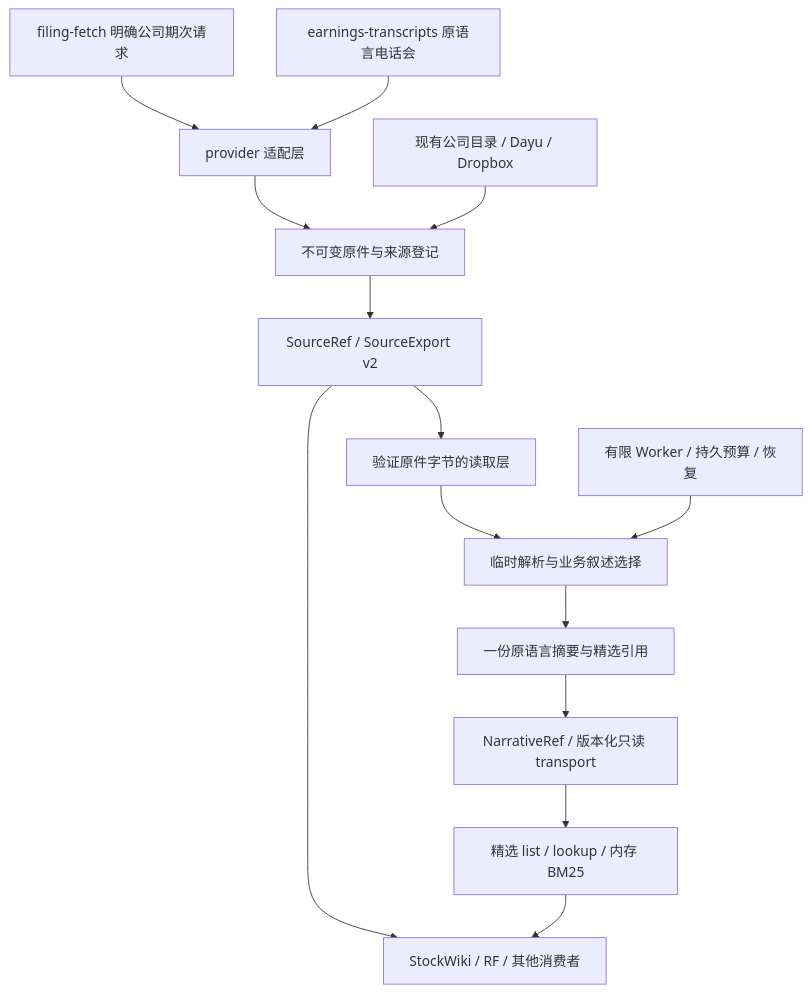
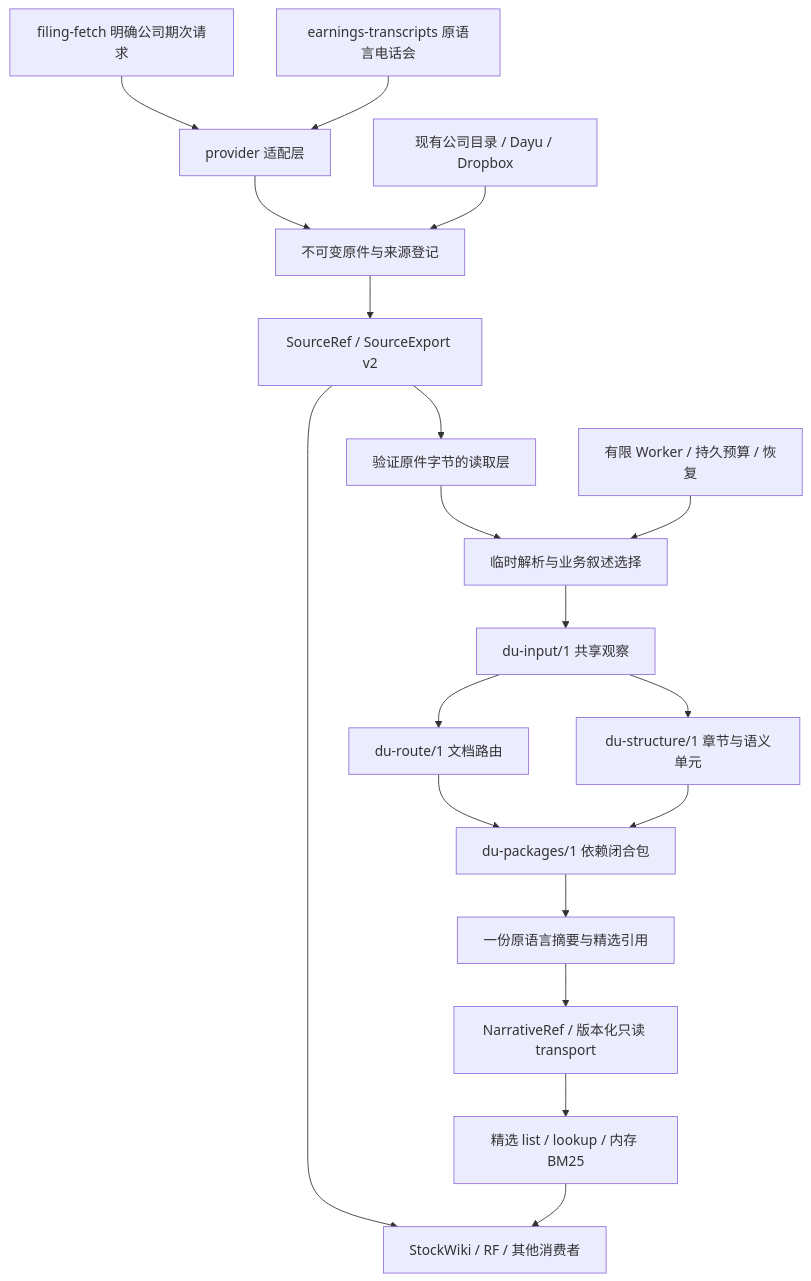
Before and after one commit to zhengcb81/company-wiki: the diagram in docs/ARCHITECTURE.md, drawn with Mermaid. The commit also changed other lines of this file and 3 other files, not shown here.

````diff
--- a/docs/ARCHITECTURE.md
+++ b/docs/ARCHITECTURE.md
@@ -7,16 +7,21 @@
 ```mermaid
 flowchart TD
   FF[filing-fetch 明确公司期次请求] --> AD[provider 适配层]
   ET[earnings-transcripts 原语言电话会] --> AD
   AD --> RAW[不可变原件与来源登记]
   ROOT[现有公司目录 / Dayu / Dropbox] --> RAW
   RAW --> REF[SourceRef / SourceExport v2]
   REF --> READ[验证原件字节的读取层]
   READ --> TEMP[临时解析与业务叙述选择]
-  TEMP --> FINAL[一份原语言摘要与精选引用]
+  TEMP --> OBS[du-input/1 共享观察]
+  OBS --> ROUTE[du-route/1 文档路由]
+  OBS --> STRUCT[du-structure/1 章节与语义单元]
+  ROUTE --> PKG[du-packages/1 依赖闭合包]
+  STRUCT --> PKG
+  PKG --> FINAL[一份原语言摘要与精选引用]
   FINAL --> NREF[NarrativeRef / 版本化只读 transport]
   NREF --> SEARCH[精选 list / lookup / 内存 BM25]
   REF --> DOWN[StockWiki / RF / 其他消费者]
   SEARCH --> DOWN
   AUTO[有限 Worker / 持久预算 / 恢复] --> TEMP
 ```
````
